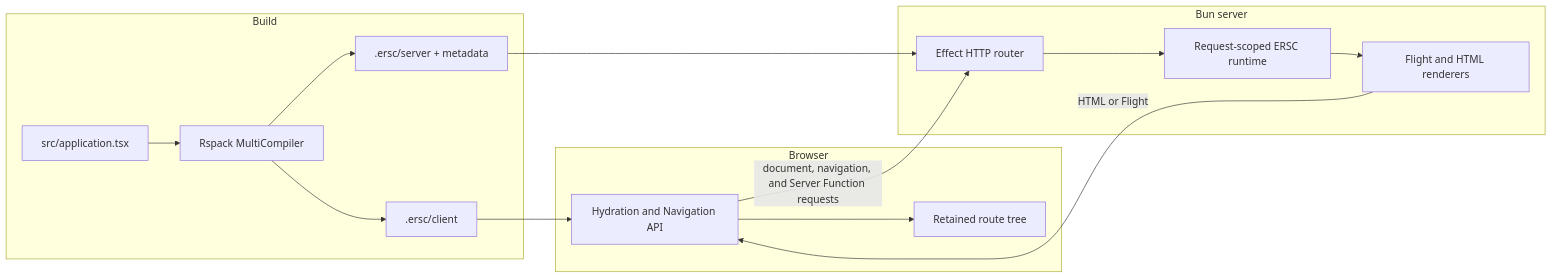
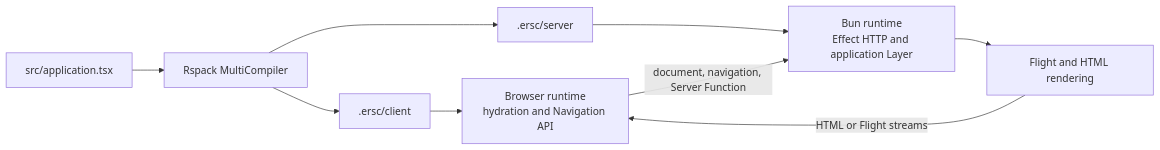
One commit to nikhilsnayak/effective-rsc changed the diagram in docs/ARCHITECTURE.md. Above: the diagram before and after it, drawn with Mermaid. The commit also changed other lines of this file and 42 other files, not shown here.

````diff
--- a/docs/ARCHITECTURE.md
+++ b/docs/ARCHITECTURE.md
@@ -34,22 +8,13 @@
 ```mermaid
 flowchart LR
-  subgraph Build["Build"]
-    Source["src/application.tsx"] --> Rspack["Rspack MultiCompiler"]
-    Rspack --> BrowserOutput[".ersc/client"]
-    Rspack --> ServerOutput[".ersc/server + metadata"]
-  end
+  Source["src/application.tsx"] --> Compiler["Rspack MultiCompiler"]
+  Compiler --> BrowserBuild[".ersc/client"]
+  Compiler --> ServerBuild[".ersc/server"]
 
-  subgraph Server["Bun server"]
-    ServerOutput --> HTTP["Effect HTTP router"]
-    HTTP --> Request["Request-scoped ERSC runtime"]
-    Request --> Render["Flight and HTML renderers"]
-  end
+  BrowserBuild --> Browser["Browser runtime<br/>hydration and Navigation API"]
+  ServerBuild --> Server["Bun runtime<br/>Effect HTTP and application Layer"]
+  Server --> Render["Flight and HTML rendering"]
 
-  subgraph Browser["Browser"]
-    BrowserOutput --> Client["Hydration and Navigation API"]
-    Client --> UI["Retained route tree"]
-  end
-
-  Client -- "document, navigation, and Server Function requests" --> HTTP
-  Render -- "HTML or Flight" --> Client
+  Browser -- "document, navigation, Server Function" --> Server
+  Render -- "HTML or Flight streams" --> Browser
 ```
````
